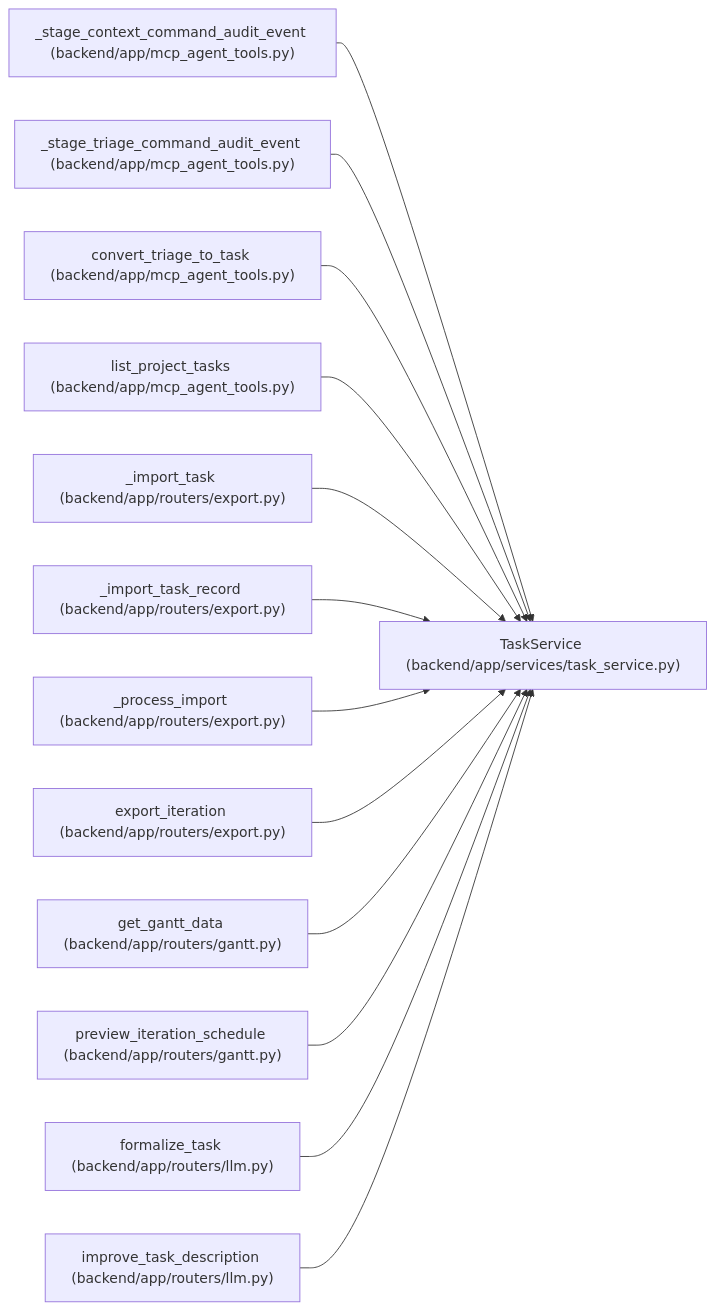
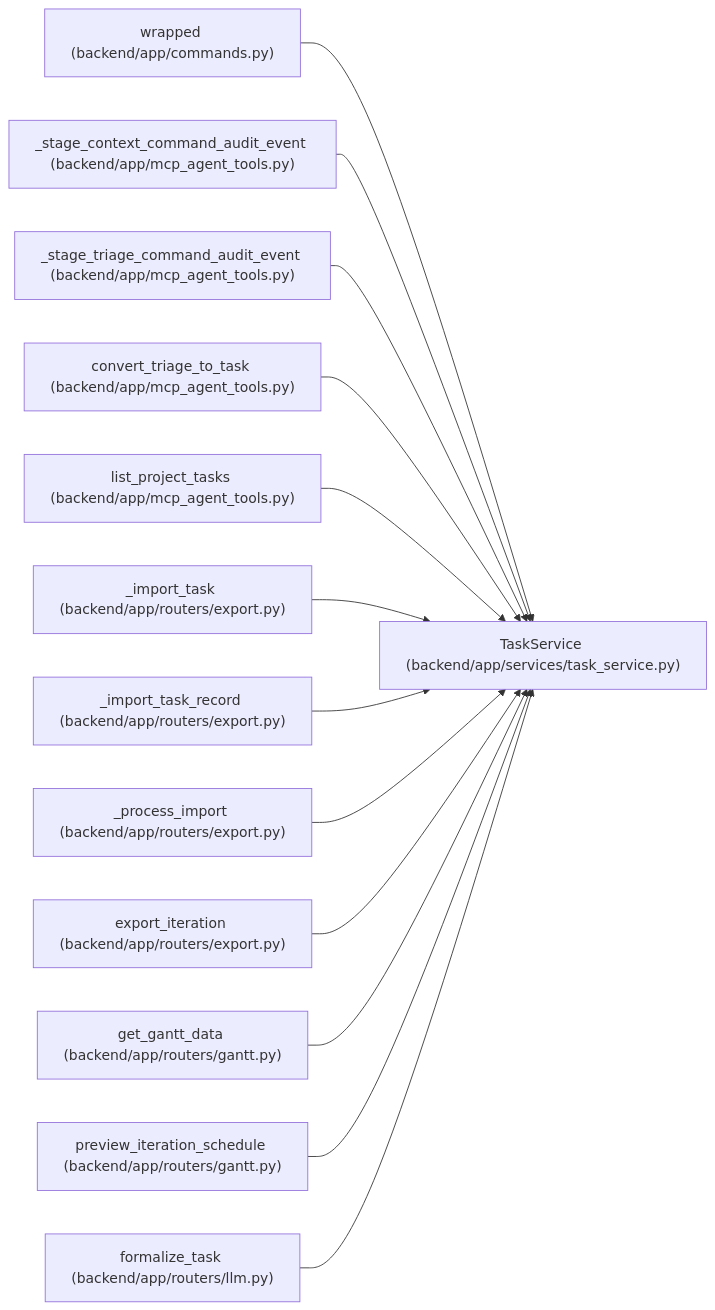
The diagram in docs/llm_wiki/entities/TaskService.md (Denissvgn/WorkChord), drawn with Mermaid before and after one commit. The commit also changed other lines of this file and 958 other files, not shown here.

First line of the commit message:
docs(wiki): refresh identity and recovery architecture

````diff
--- a/docs/llm_wiki/entities/TaskService.md
+++ b/docs/llm_wiki/entities/TaskService.md
@@ -78,41 +83,41 @@
 ```mermaid
 flowchart LR
     n0["TaskService (backend/app/services/task_service.py)"]
-    n1["_stage_context_command_audit_event (backend/app/mcp_agent_tools.py)"]
-    n2["_stage_triage_command_audit_event (backend/app/mcp_agent_tools.py)"]
-    n3["convert_triage_to_task (backend/app/mcp_agent_tools.py)"]
-    n4["list_project_tasks (backend/app/mcp_agent_tools.py)"]
-    n5["_import_task (backend/app/routers/export.py)"]
-    n6["_import_task_record (backend/app/routers/export.py)"]
-    n7["_process_import (backend/app/routers/export.py)"]
-    n8["export_iteration (backend/app/routers/export.py)"]
-    n9["get_gantt_data (backend/app/routers/gantt.py)"]
-    n10["preview_iteration_schedule (backend/app/routers/gantt.py)"]
-    n11["formalize_task (backend/app/routers/llm.py)"]
-    n12["improve_task_description (backend/app/routers/llm.py)"]
+    n1["wrapped (backend/app/commands.py)"]
+    n2["_stage_context_command_audit_event (backend/app/mcp_agent_tools.py)"]
+    n3["_stage_triage_command_audit_event (backend/app/mcp_agent_tools.py)"]
+    n4["convert_triage_to_task (backend/app/mcp_agent_tools.py)"]
+    n5["list_project_tasks (backend/app/mcp_agent_tools.py)"]
+    n6["_import_task (backend/app/routers/export.py)"]
+    n7["_import_task_record (backend/app/routers/export.py)"]
+    n8["_process_import (backend/app/routers/export.py)"]
+    n9["export_iteration (backend/app/routers/export.py)"]
+    n10["get_gantt_data (backend/app/routers/gantt.py)"]
+    n11["preview_iteration_schedule (backend/app/routers/gantt.py)"]
+    n12["formalize_task (backend/app/routers/llm.py)"]
     n1 --> n0
     n2 --> n0
     n3 --> n0
     n4 --> n0
     n5 --> n0
     n6 --> n0
     n7 --> n0
     n8 --> n0
     n9 --> n0
     n10 --> n0
     n11 --> n0
     n12 --> n0
     click n0 "../modules/task_service.md"
-    click n1 "../modules/mcp_agent_tools.md"
+    click n1 "../modules/commands.md"
     click n2 "../modules/mcp_agent_tools.md"
     click n3 "../modules/mcp_agent_tools.md"
     click n4 "../modules/mcp_agent_tools.md"
-    click n5 "../modules/export.md"
+    click n5 "../modules/mcp_agent_tools.md"
     click n6 "../modules/export.md"
     click n7 "../modules/export.md"
     click n8 "../modules/export.md"
-    click n9 "../modules/routers_gantt.md"
+    click n9 "../modules/export.md"
     click n10 "../modules/routers_gantt.md"
-    click n11 "../modules/routers_llm.md"
+    click n11 "../modules/routers_gantt.md"
     click n12 "../modules/routers_llm.md"
 ```
````
